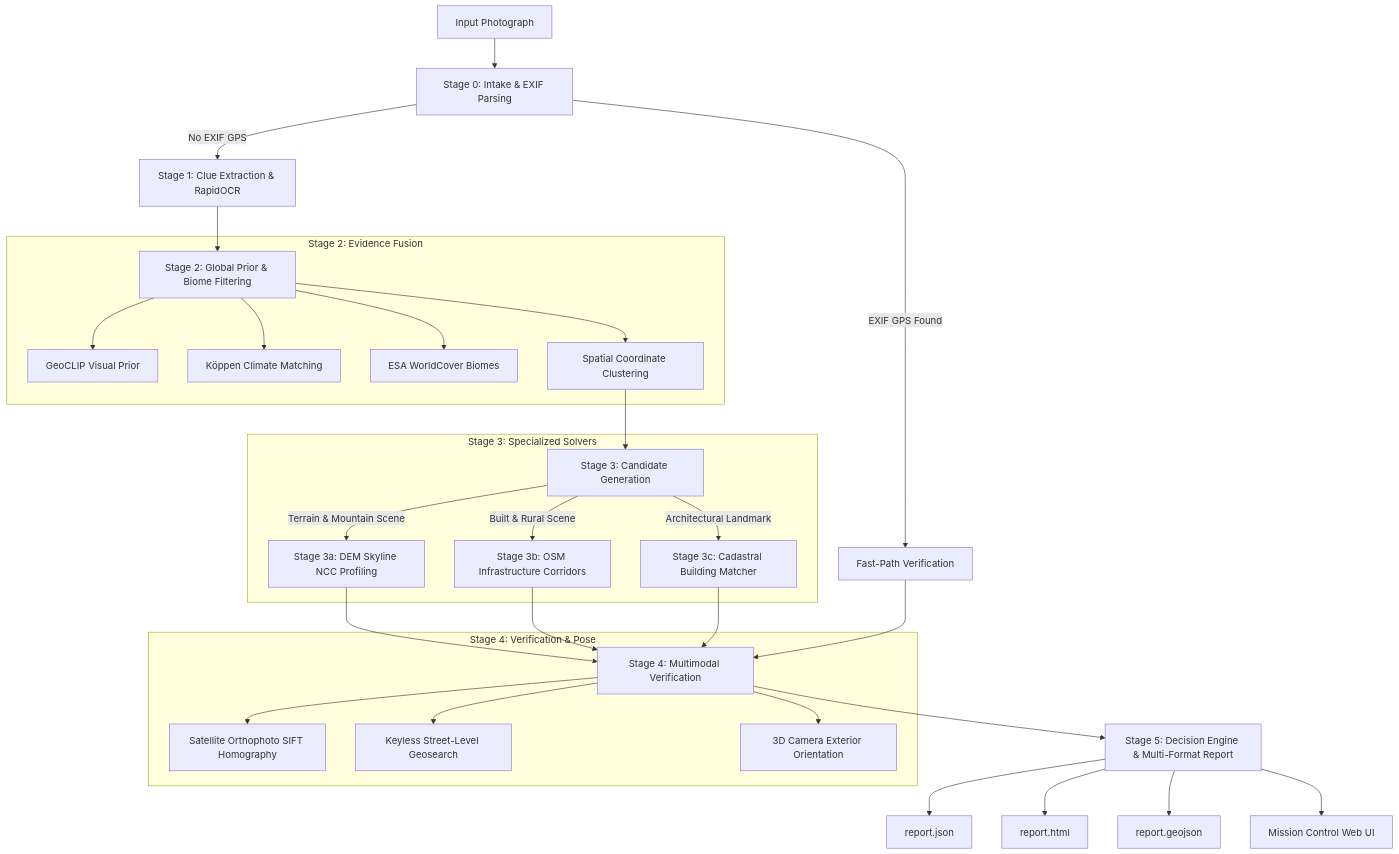
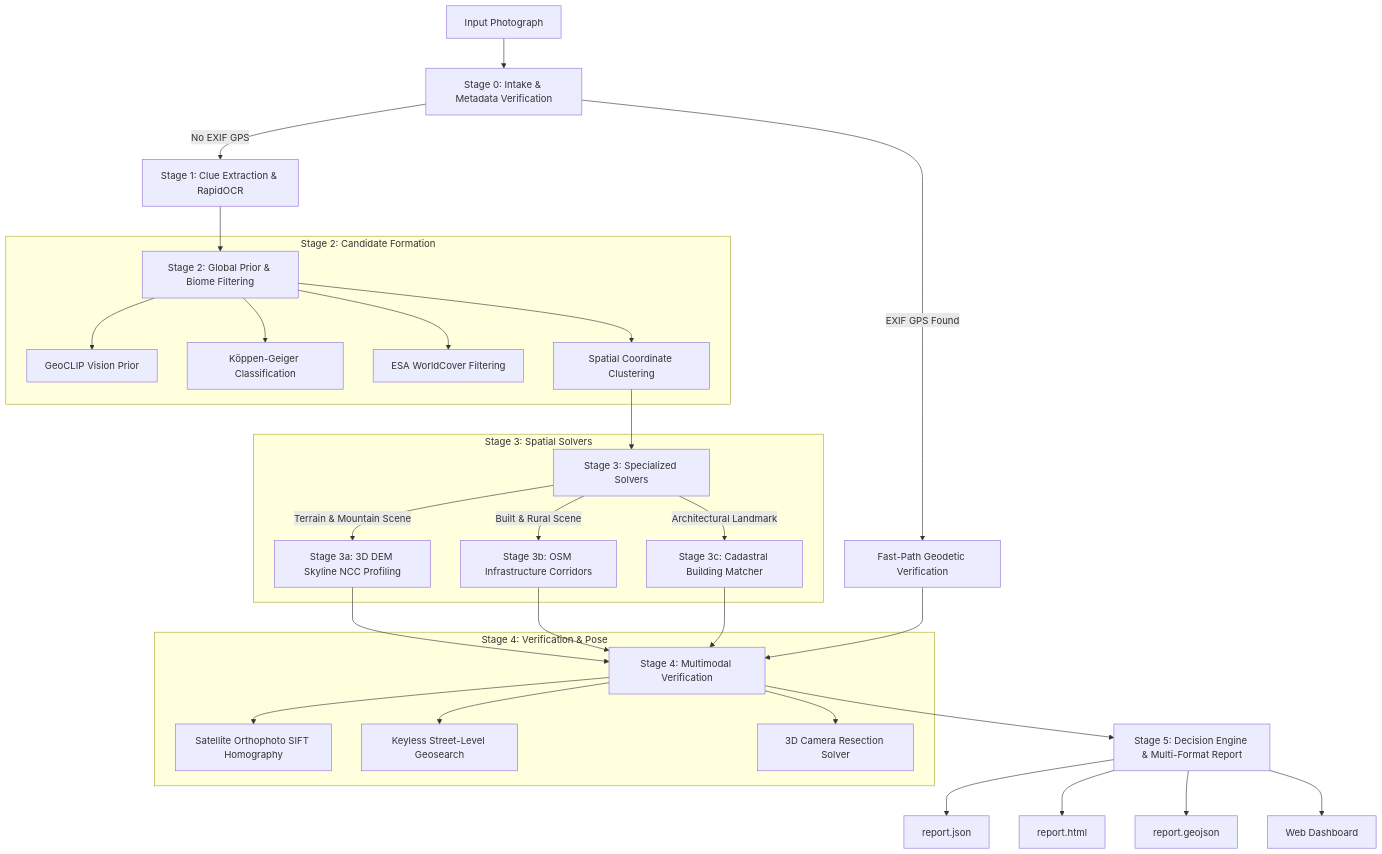
One commit to AshadAbbasi212/EarthTrace changed the diagram in README.md. Above: the diagram before and after it, drawn with Mermaid. The commit also changed other lines of this file and 7 other files, not shown here.

````diff
--- a/README.md
+++ b/README.md
@@ -164,38 +94,38 @@
 ```mermaid
 flowchart TD
-    Photo[Input Photograph] --> S0[Stage 0: Intake & EXIF Parsing]
-    S0 -->|EXIF GPS Found| FastPath[Fast-Path Verification]
+    Photo[Input Photograph] --> S0[Stage 0: Intake & Metadata Verification]
+    S0 -->|EXIF GPS Found| FastPath[Fast-Path Geodetic Verification]
     S0 -->|No EXIF GPS| S1[Stage 1: Clue Extraction & RapidOCR]
     
     S1 --> S2[Stage 2: Global Prior & Biome Filtering]
-    subgraph S2_Group [Stage 2: Evidence Fusion]
-        S2 --> GeoCLIP[GeoCLIP Visual Prior]
-        S2 --> Climate[Köppen Climate Matching]
-        S2 --> LandCover[ESA WorldCover Biomes]
+    subgraph S2_Group [Stage 2: Candidate Formation]
+        S2 --> GeoCLIP[GeoCLIP Vision Prior]
+        S2 --> Climate[Köppen-Geiger Classification]
+        S2 --> LandCover[ESA WorldCover Filtering]
         S2 --> SpatialClustering[Spatial Coordinate Clustering]
     end
     
-    SpatialClustering --> S3[Stage 3: Candidate Generation]
-    subgraph S3_Group [Stage 3: Specialized Solvers]
-        S3 -->|Terrain & Mountain Scene| S3a[Stage 3a: DEM Skyline NCC Profiling]
+    SpatialClustering --> S3[Stage 3: Specialized Solvers]
+    subgraph S3_Group [Stage 3: Spatial Solvers]
+        S3 -->|Terrain & Mountain Scene| S3a[Stage 3a: 3D DEM Skyline NCC Profiling]
         S3 -->|Built & Rural Scene| S3b[Stage 3b: OSM Infrastructure Corridors]
         S3 -->|Architectural Landmark| S3c[Stage 3c: Cadastral Building Matcher]
     end
     
     S3a --> S4[Stage 4: Multimodal Verification]
     S3b --> S4
     S3c --> S4
     FastPath --> S4
     
     subgraph S4_Group [Stage 4: Verification & Pose]
         S4 --> SatCheck[Satellite Orthophoto SIFT Homography]
         S4 --> StreetCheck[Keyless Street-Level Geosearch]
-        S4 --> PoseSolver[3D Camera Exterior Orientation]
+        S4 --> PoseSolver[3D Camera Resection Solver]
     end
     
     S4 --> S5[Stage 5: Decision Engine & Multi-Format Report]
     S5 --> OutJSON[report.json]
     S5 --> OutHTML[report.html]
     S5 --> OutGeoJSON[report.geojson]
-    S5 --> WebUI[Mission Control Web UI]
+    S5 --> WebUI[Web Dashboard]
 ```
````
